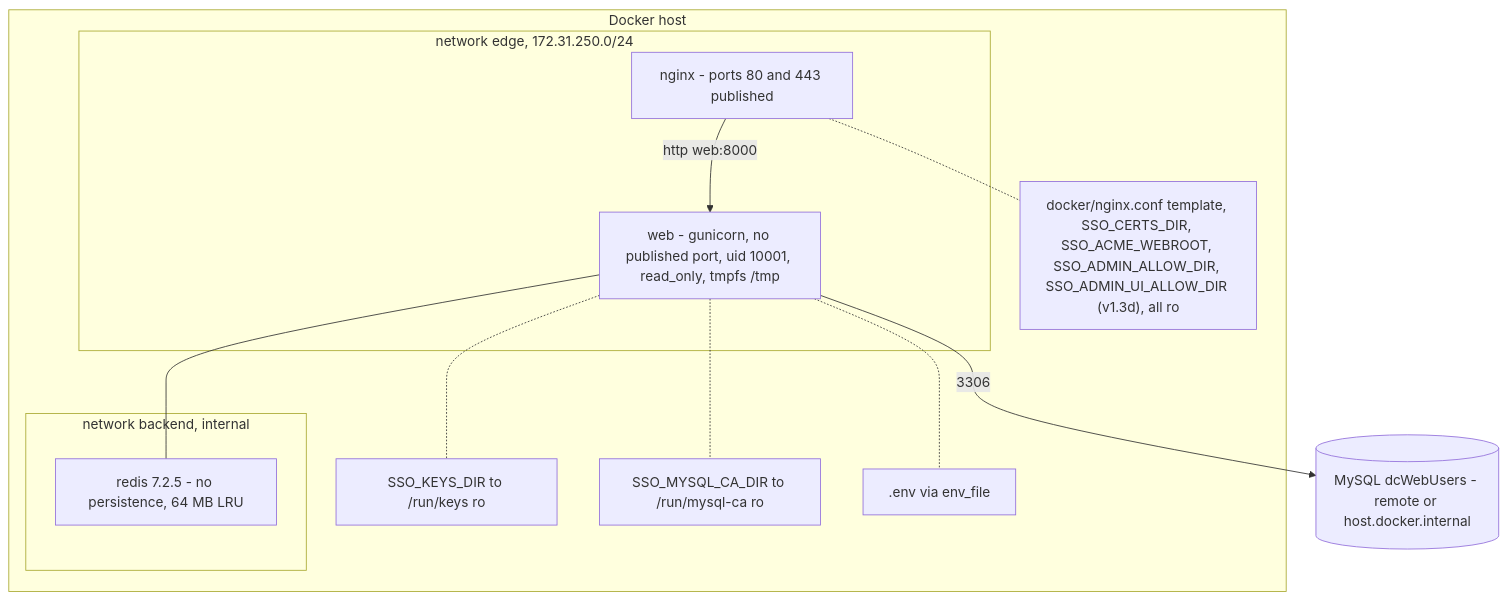
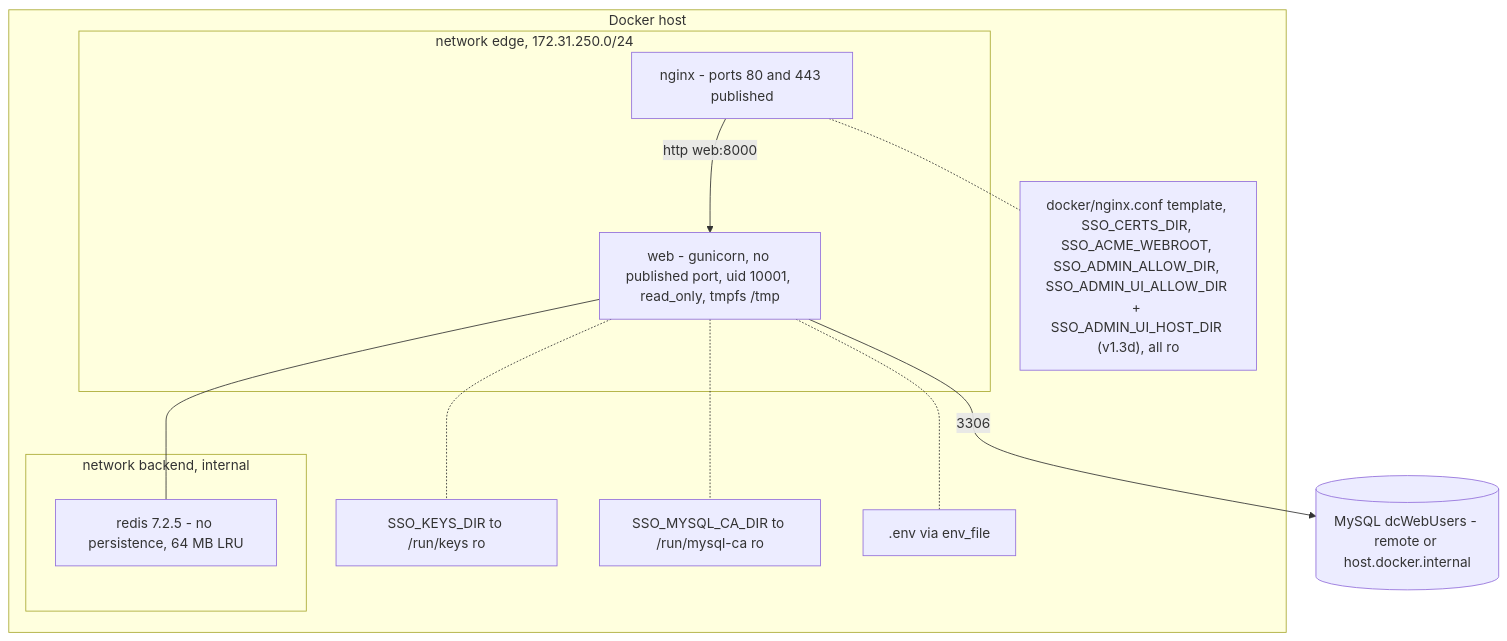
Before and after one commit to Neural-Matrix-LLC/SSO-server: diagram 35 of 35 in docs/ARCHITECTURE.md, drawn with Mermaid. The commit also changed other lines of this file and 3 other files, not shown here.

Commit message:
docs(v1.3d): README/ARCHITECTURE/API as built; design: admin host via include folder + Django host check, migration name, channel semantics

````diff
--- a/docs/ARCHITECTURE.md
+++ b/docs/ARCHITECTURE.md
@@ -1627,22 +1627,22 @@
 ```mermaid
 flowchart TB
   subgraph Host["Docker host"]
     subgraph Edge["network edge, 172.31.250.0/24"]
       NG["nginx - ports 80 and 443 published"]
       WEB["web - gunicorn, no published port, uid 10001, read_only, tmpfs /tmp"]
     end
     subgraph Back["network backend, internal"]
       RE["redis 7.2.5 - no persistence, 64 MB LRU"]
     end
     V1["SSO_KEYS_DIR to /run/keys ro"]
     V2["SSO_MYSQL_CA_DIR to /run/mysql-ca ro"]
-    V3["docker/nginx.conf template, SSO_CERTS_DIR, SSO_ACME_WEBROOT, SSO_ADMIN_ALLOW_DIR, SSO_ADMIN_UI_ALLOW_DIR (v1.3d), all ro"]
+    V3["docker/nginx.conf template, SSO_CERTS_DIR, SSO_ACME_WEBROOT, SSO_ADMIN_ALLOW_DIR, SSO_ADMIN_UI_ALLOW_DIR + SSO_ADMIN_UI_HOST_DIR (v1.3d), all ro"]
     ENV[".env via env_file"]
   end
   DB[("MySQL dcWebUsers - remote or host.docker.internal")]
   NG -- "http web:8000" --> WEB
   WEB --- RE
   WEB -.- V1 & V2 & ENV
   NG -.- V3
   WEB -- "3306" --> DB
 ```
````
